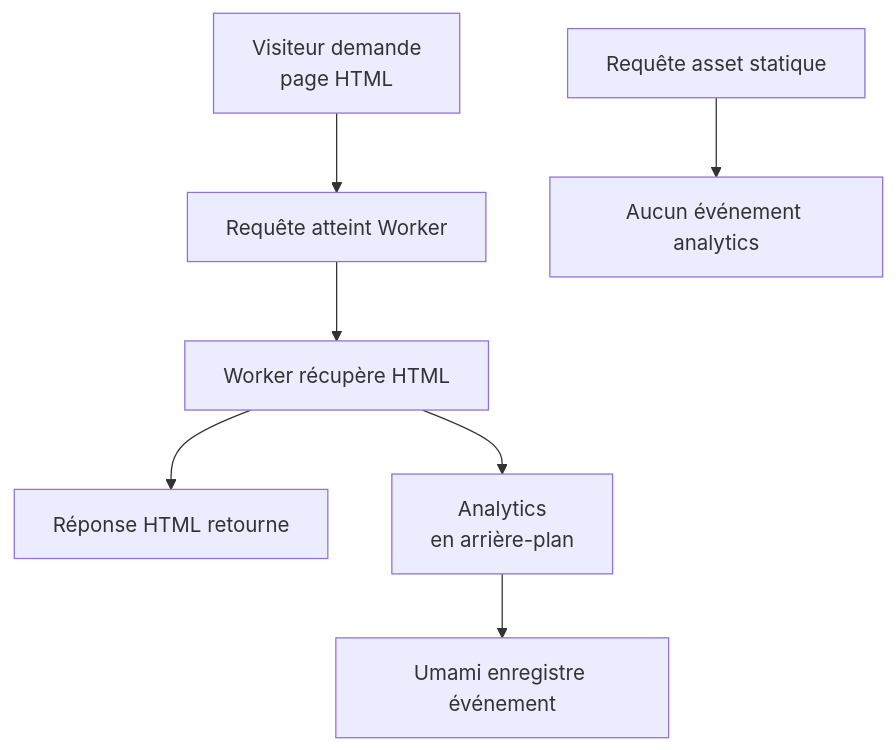
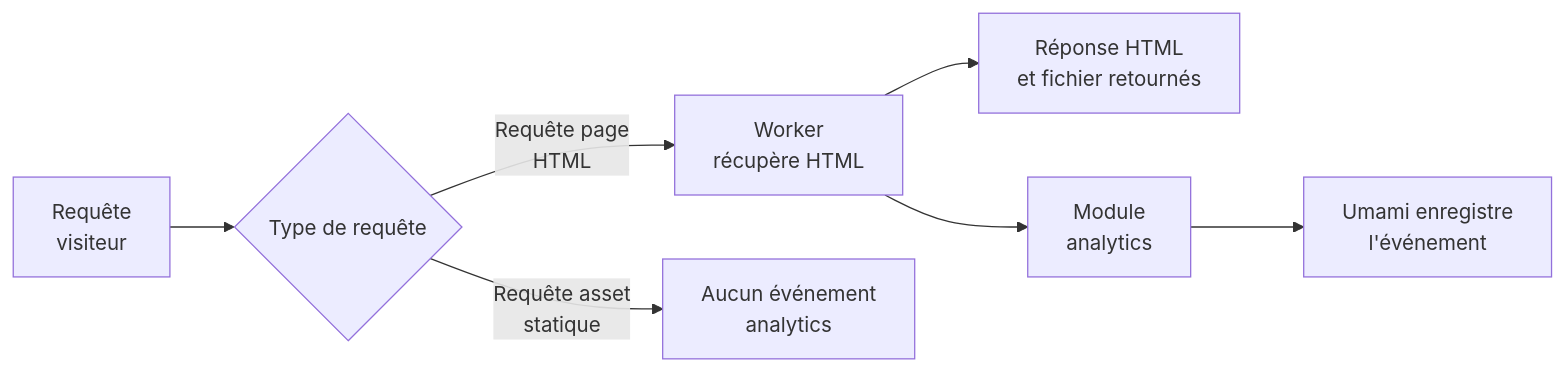
One commit to vanityURLs/website changed the diagram in content/docs/web-site/analytics.fr.md. Above: the diagram before and after it, drawn with Mermaid. The commit also changed 38 other files, not shown here.

Commit message:
docs: document lookup routes and diagrams

```diff
--- a/content/docs/web-site/analytics.fr.md
+++ b/content/docs/web-site/analytics.fr.md
@@ -40,18 +40,9 @@
 {{< mermaid >}}
-flowchart TD
-  A[Visiteur demande<br/>page HTML]
-  B[Requête atteint Worker]
-  C[Worker récupère HTML]
-  D[Réponse HTML retourne]
-  E[Analytics<br/>en arrière-plan]
-  F[Umami enregistre événement]
-  G[Requête asset statique]
-  H[Aucun événement analytics]
-
-  A --> B
-  B --> C
-  C --> D
-  C --> E
-  E --> F
-  G --> H
+flowchart LR
+  A["Requête<br/>visiteur"] --> B{"Type de requête"}
+  B -->|"Requête page<br/>HTML"| C["Worker<br/>récupère HTML"]
+  C --> D["Réponse HTML<br/>et fichier retournés"]
+  C --> E["Module<br/>analytics"]
+  E --> F["Umami enregistre<br/>l'événement"]
+  B -->|"Requête asset<br/>statique"| G["Aucun événement<br/>analytics"]
 {{< /mermaid >}}
```
